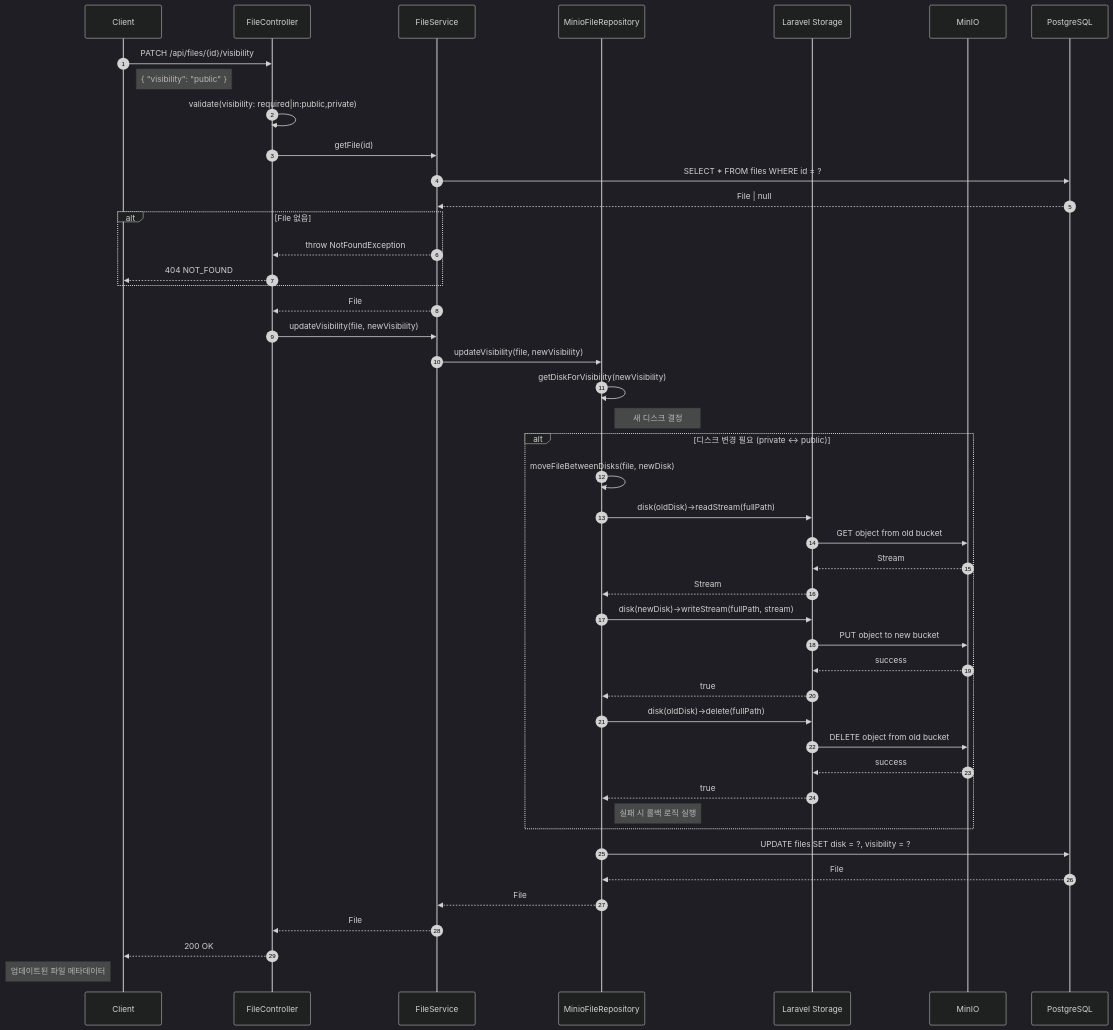
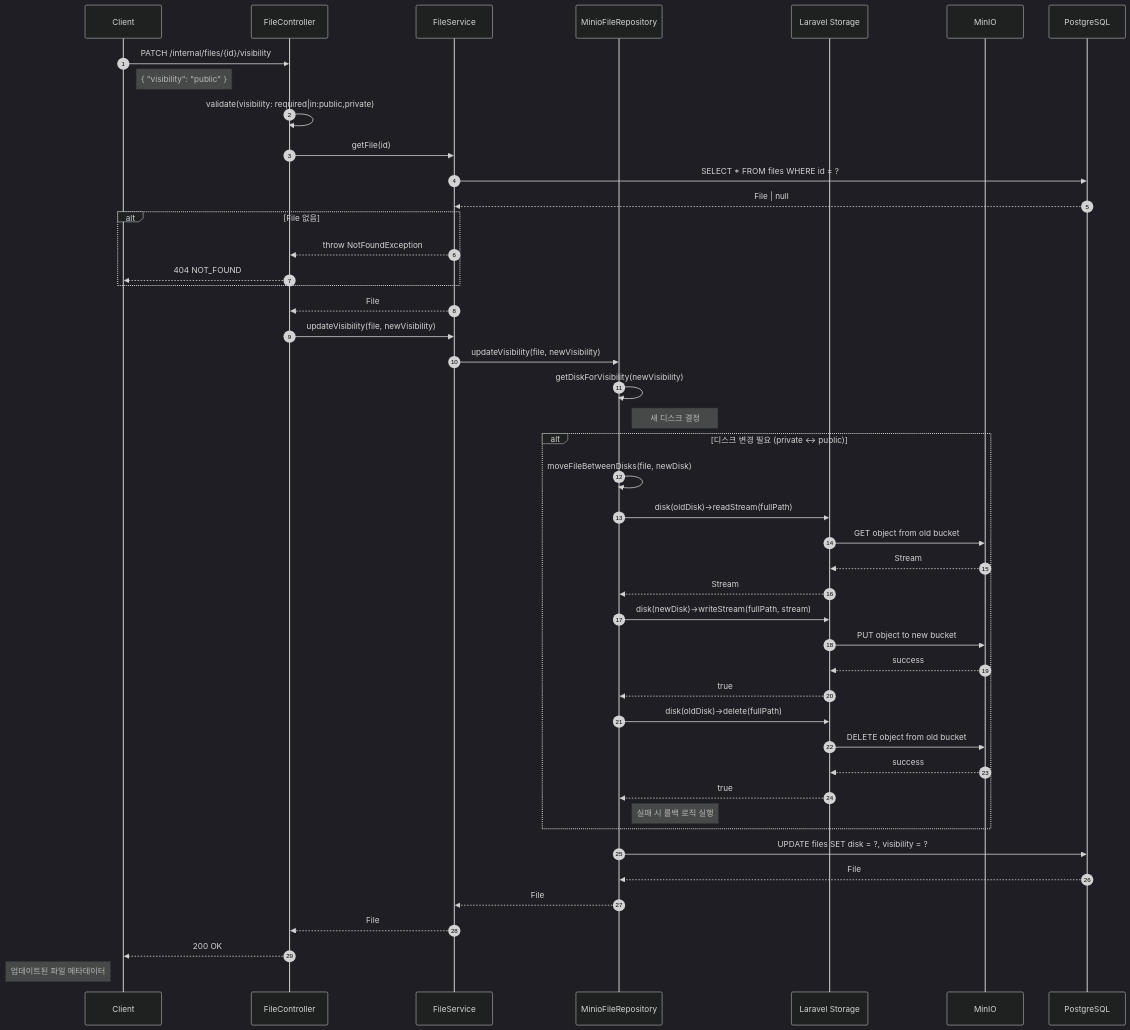
Before and after one commit to shaul1991/toy-core-system: the third of 5 diagrams in docs/FILE.md, drawn with Mermaid (dark theme). The commit also changed other lines of this file and 7 other files, not shown here.

````diff
--- a/docs/FILE.md
+++ b/docs/FILE.md
@@ -379,61 +379,61 @@
 ```mermaid
 sequenceDiagram
     autonumber
     participant Client
     participant Controller as FileController
     participant Service as FileService
     participant Repository as MinioFileRepository
     participant Storage as Laravel Storage
     participant MinIO
     participant DB as PostgreSQL
 
-    Client->>Controller: PATCH /api/files/{id}/visibility
+    Client->>Controller: PATCH /internal/files/{id}/visibility
     Note right of Client: { "visibility": "public" }
 
     Controller->>Controller: validate(visibility: required|in:public,private)
     Controller->>Service: getFile(id)
 
     Service->>DB: SELECT * FROM files WHERE id = ?
     DB-->>Service: File | null
 
     alt File 없음
         Service-->>Controller: throw NotFoundException
         Controller-->>Client: 404 NOT_FOUND
     end
 
     Service-->>Controller: File
     Controller->>Service: updateVisibility(file, newVisibility)
     Service->>Repository: updateVisibility(file, newVisibility)
 
     Repository->>Repository: getDiskForVisibility(newVisibility)
     Note right of Repository: 새 디스크 결정
 
     alt 디스크 변경 필요 (private ↔ public)
         Repository->>Repository: moveFileBetweenDisks(file, newDisk)
 
         Repository->>Storage: disk(oldDisk)->readStream(fullPath)
         Storage->>MinIO: GET object from old bucket
         MinIO-->>Storage: Stream
         Storage-->>Repository: Stream
 
         Repository->>Storage: disk(newDisk)->writeStream(fullPath, stream)
         Storage->>MinIO: PUT object to new bucket
         MinIO-->>Storage: success
         Storage-->>Repository: true
 
         Repository->>Storage: disk(oldDisk)->delete(fullPath)
         Storage->>MinIO: DELETE object from old bucket
         MinIO-->>Storage: success
         Storage-->>Repository: true
 
         Note right of Repository: 실패 시 롤백 로직 실행
     end
 
     Repository->>DB: UPDATE files SET disk = ?, visibility = ?
     DB-->>Repository: File
 
     Repository-->>Service: File
     Service-->>Controller: File
     Controller-->>Client: 200 OK
     Note left of Client: 업데이트된 파일 메타데이터
 ```
````
